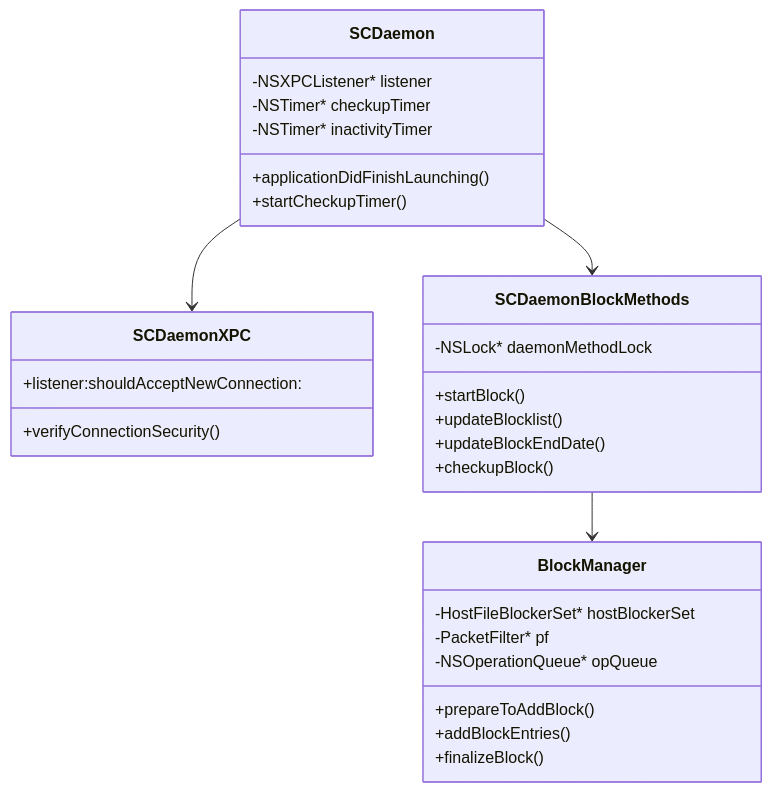
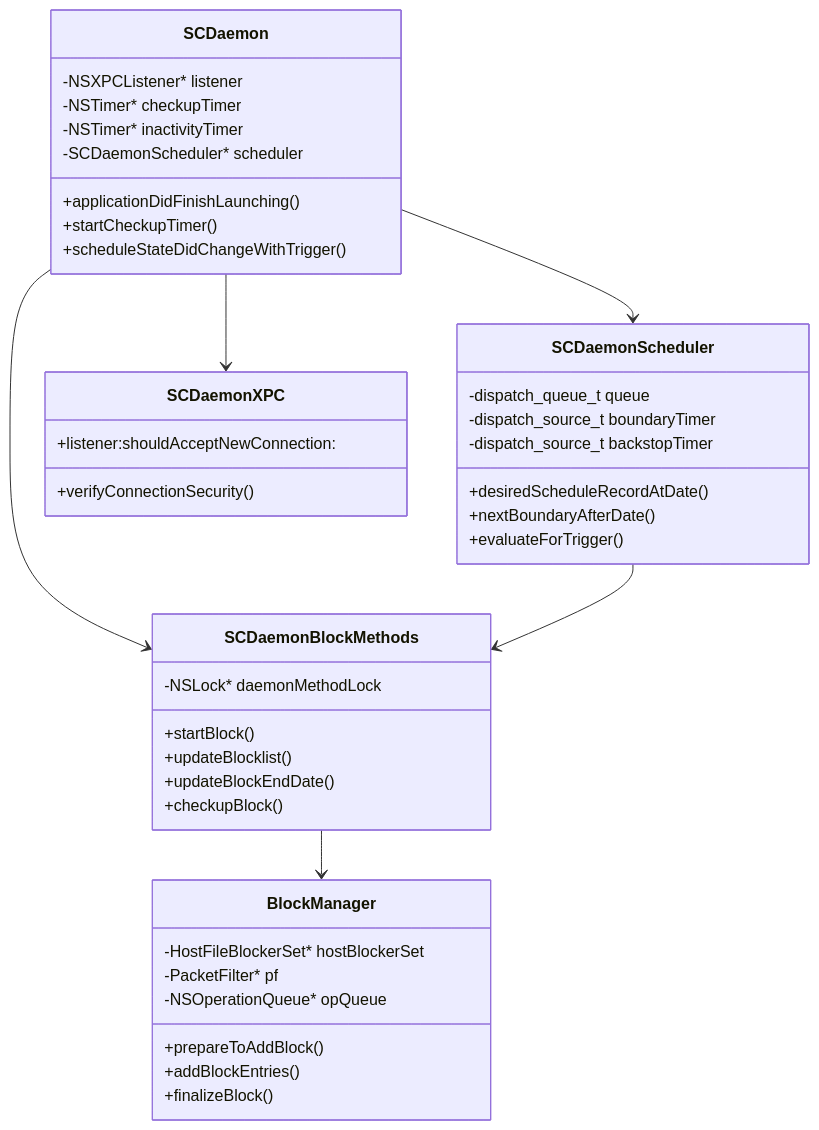
The fourth of 15 diagrams in SYSTEM_ARCHITECTURE.md (VishalJ99/fence), drawn with Mermaid before and after one commit. The commit also changed other lines of this file and 43 other files, not shown here.

````diff
--- a/SYSTEM_ARCHITECTURE.md
+++ b/SYSTEM_ARCHITECTURE.md
@@ -175,36 +178,49 @@
 ```mermaid
 classDiagram
     class SCDaemon {
         -NSXPCListener* listener
         -NSTimer* checkupTimer
         -NSTimer* inactivityTimer
+        -SCDaemonScheduler* scheduler
         +applicationDidFinishLaunching()
         +startCheckupTimer()
+        +scheduleStateDidChangeWithTrigger()
+    }
+
+    class SCDaemonScheduler {
+        -dispatch_queue_t queue
+        -dispatch_source_t boundaryTimer
+        -dispatch_source_t backstopTimer
+        +desiredScheduleRecordAtDate()
+        +nextBoundaryAfterDate()
+        +evaluateForTrigger()
     }
 
     class SCDaemonXPC {
         +listener:shouldAcceptNewConnection:
         +verifyConnectionSecurity()
     }
 
     class SCDaemonBlockMethods {
         -NSLock* daemonMethodLock
         +startBlock()
         +updateBlocklist()
         +updateBlockEndDate()
         +checkupBlock()
     }
 
     class BlockManager {
         -HostFileBlockerSet* hostBlockerSet
         -PacketFilter* pf
         -NSOperationQueue* opQueue
         +prepareToAddBlock()
         +addBlockEntries()
         +finalizeBlock()
     }
 
     SCDaemon --> SCDaemonXPC
+    SCDaemon --> SCDaemonScheduler
     SCDaemon --> SCDaemonBlockMethods
+    SCDaemonScheduler --> SCDaemonBlockMethods
     SCDaemonBlockMethods --> BlockManager
 ```
````
